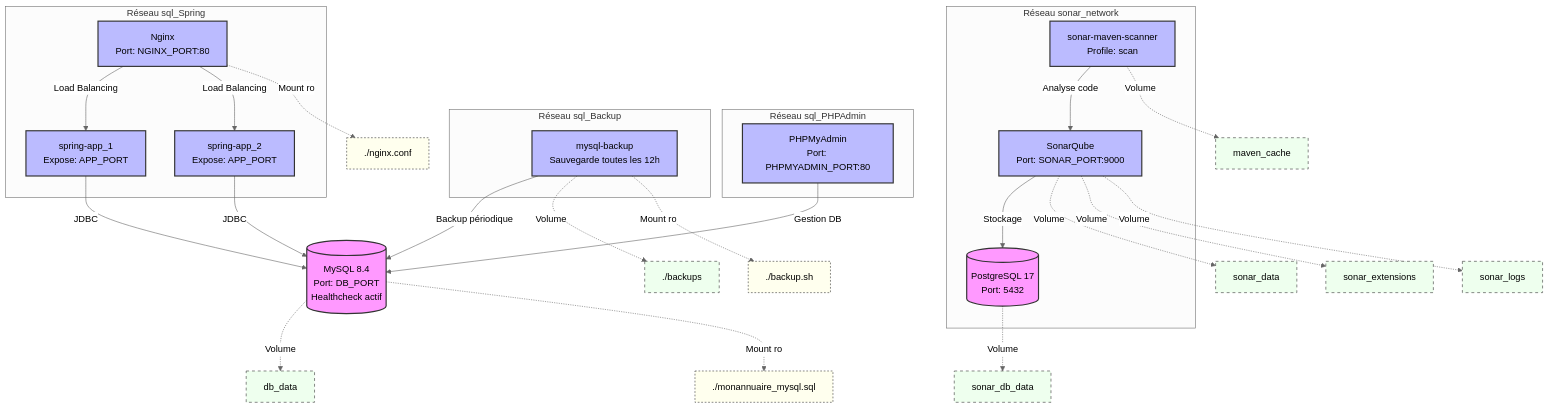
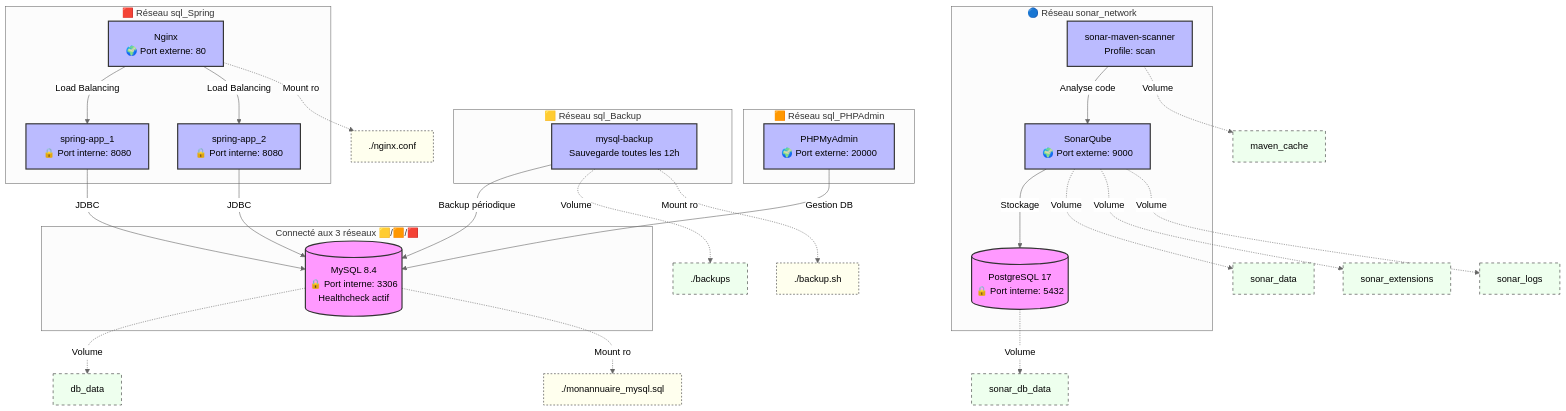
The diagram in schema.mermaid (JPX87/M2-MIAGE-Docker), drawn with Mermaid (neutral theme) before and after one commit.

Commit message:
- Fix mermaid

```diff
--- a/schema.mermaid
+++ b/schema.mermaid
@@ -1,64 +1,66 @@
 graph TB
-    subgraph "Réseau sql_Spring"
-        NGINX[Nginx<br/>Port: NGINX_PORT:80]
-        APP1[spring-app_1<br/>Expose: APP_PORT]
-        APP2[spring-app_2<br/>Expose: APP_PORT]
+    subgraph "🟥 Réseau sql_Spring"
+        NGINX[Nginx<br/> 🌍 Port externe: 80]
+        APP1[spring-app_1<br/>🔒 Port interne: 8080]
+        APP2[spring-app_2<br/>🔒 Port interne: 8080]
     end
 
-    subgraph "Réseau sql_PHPAdmin"
-        PMA[PHPMyAdmin<br/>Port: PHPMYADMIN_PORT:80]
+    subgraph "🟧 Réseau sql_PHPAdmin"
+        PMA[PHPMyAdmin<br/> 🌍 Port externe: 20000]
     end
 
-    subgraph "Réseau sql_Backup"
+    subgraph "🟨 Réseau sql_Backup"
         BACKUP[mysql-backup<br/>Sauvegarde toutes les 12h]
     end
 
-    subgraph "Réseau sonar_network"
-        SONAR[SonarQube<br/>Port: SONAR_PORT:9000]
-        SONARDB[(PostgreSQL 17<br/>Port: 5432)]
+    subgraph "🔵 Réseau sonar_network"
+        SONAR[SonarQube<br/> 🌍 Port externe: 9000]
+        SONARDB[(PostgreSQL 17<br/>🔒 Port interne: 5432)]
         SCANNER[sonar-maven-scanner<br/>Profile: scan]
     end
 
     %% MySQL au centre connecté aux 3 réseaux
-    MYSQL[(MySQL 8.4<br/>Port: DB_PORT<br/>Healthcheck actif)]
+    subgraph "Connecté aux 3 réseaux 🟨/🟧/🟥"
+        MYSQL[(MySQL 8.4<br/>🔒 Port interne: 3306<br/>Healthcheck actif)]
+    end
 
     %% Connexions réseau sql_Spring
     NGINX -->|Load Balancing| APP1
     NGINX -->|Load Balancing| APP2
     APP1 -->|JDBC| MYSQL
     APP2 -->|JDBC| MYSQL
 
     %% Connexions réseau sql_PHPAdmin
     PMA -->|Gestion DB| MYSQL
 
     %% Connexions réseau sql_Backup
     BACKUP -->|Backup périodique| MYSQL
 
     %% Connexions réseau sonar_network
     SCANNER -->|Analyse code| SONAR
     SONAR -->|Stockage| SONARDB
 
     %% Volumes persistants
     MYSQL -.->|Volume| V1[db_data]
     SONARDB -.->|Volume| V2[sonar_db_data]
     SONAR -.->|Volume| V3[sonar_data]
     SONAR -.->|Volume| V4[sonar_extensions]
     SONAR -.->|Volume| V5[sonar_logs]
     SCANNER -.->|Volume| V6[maven_cache]
     BACKUP -.->|Volume| V7[./backups]
 
     %% Fichiers montés
     NGINX -.->|Mount ro| F1[./nginx.conf]
     MYSQL -.->|Mount ro| F2[./monannuaire_mysql.sql]
     BACKUP -.->|Mount ro| F3[./backup.sh]
 
     %% Légende
     classDef database fill:#f9f,stroke:#333,stroke-width:2px,color:#000
     classDef service fill:#bbf,stroke:#333,stroke-width:2px,color:#000
     classDef volume fill:#efe,stroke:#333,stroke-width:1px,stroke-dasharray: 5 5,color:#000
     classDef file fill:#ffe,stroke:#333,stroke-width:1px,stroke-dasharray: 3 3,color:#000
 
     class MYSQL,SONARDB database
     class NGINX,APP1,APP2,PMA,BACKUP,SONAR,SCANNER service
     class V1,V2,V3,V4,V5,V6,V7 volume
     class F1,F2,F3 file
```
